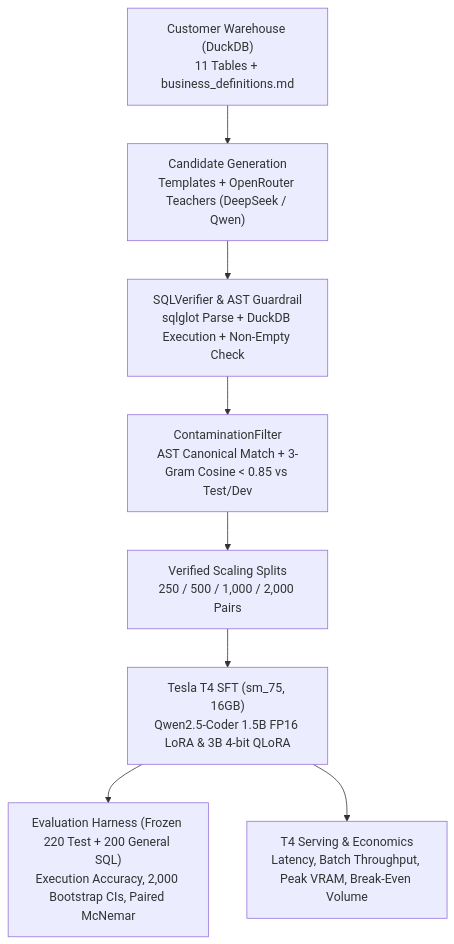
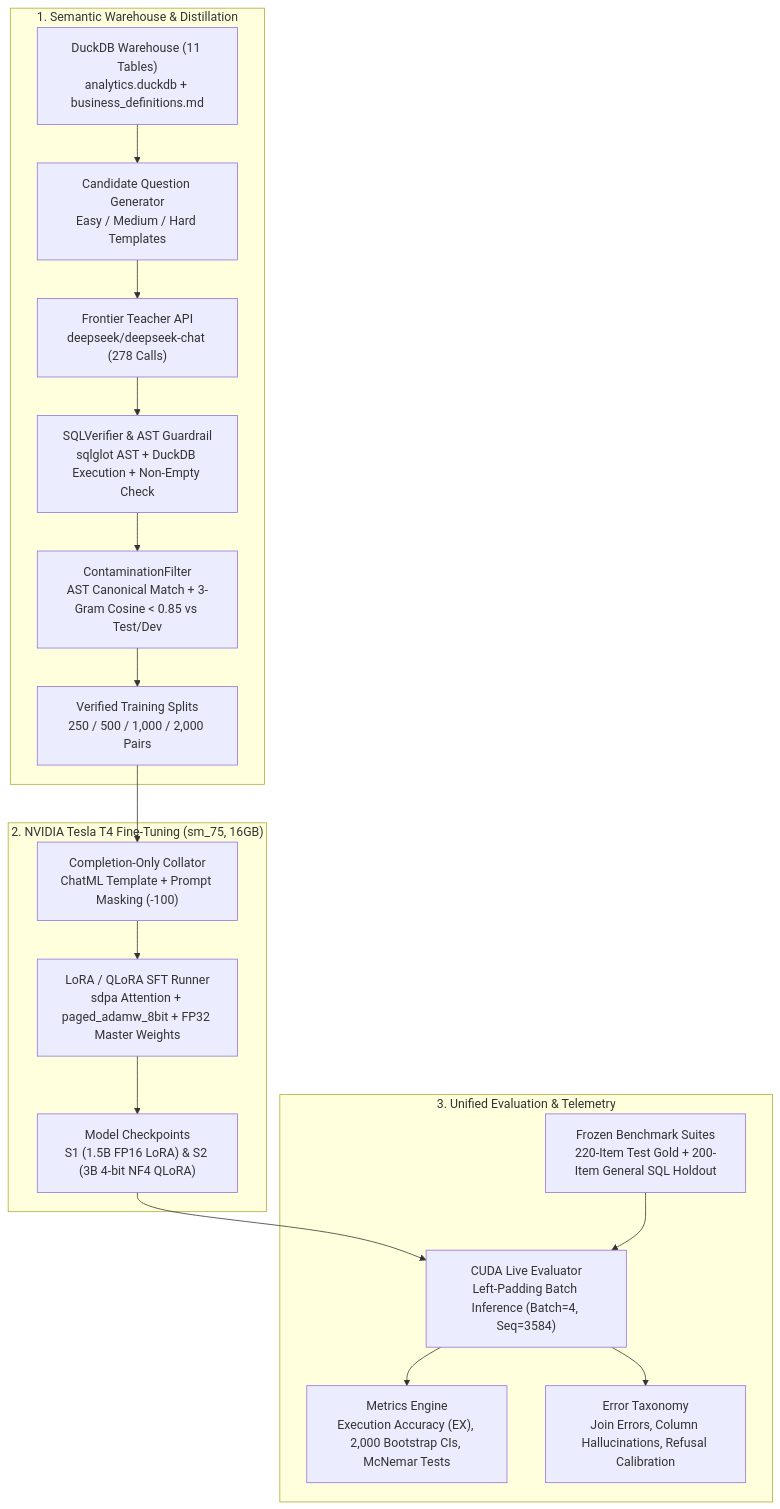
The diagram in README.md (adityavsb/schema-tuned-sql), drawn with Mermaid before and after one commit. The commit also changed other lines of this file and 9 other files, not shown here.

````diff
--- a/README.md
+++ b/README.md
@@ -35,10 +80,23 @@
 ```mermaid
 flowchart TD
-    A["Customer Warehouse (DuckDB)<br/>11 Tables + business_definitions.md"] --> B["Candidate Generation<br/>Templates + OpenRouter Teachers (DeepSeek / Qwen)"]
-    B --> C["SQLVerifier & AST Guardrail<br/>sqlglot Parse + DuckDB Execution + Non-Empty Check"]
-    C --> D["ContaminationFilter<br/>AST Canonical Match + 3-Gram Cosine < 0.85 vs Test/Dev"]
-    D --> E["Verified Scaling Splits<br/>250 / 500 / 1,000 / 2,000 Pairs"]
-    E --> F["Tesla T4 SFT (sm_75, 16GB)<br/>Qwen2.5-Coder 1.5B FP16 LoRA & 3B 4-bit QLoRA"]
-    F --> G["Evaluation Harness (Frozen 220 Test + 200 General SQL)<br/>Execution Accuracy, 2,000 Bootstrap CIs, Paired McNemar"]
-    F --> H["T4 Serving & Economics<br/>Latency, Batch Throughput, Peak VRAM, Break-Even Volume"]
+    subgraph DataEngine ["1. Semantic Warehouse & Distillation"]
+        A["DuckDB Warehouse (11 Tables)<br/>analytics.duckdb + business_definitions.md"] --> B["Candidate Question Generator<br/>Easy / Medium / Hard Templates"]
+        B --> C["Frontier Teacher API<br/>deepseek/deepseek-chat (278 Calls)"]
+        C --> D["SQLVerifier & AST Guardrail<br/>sqlglot AST + DuckDB Execution + Non-Empty Check"]
+        D --> E["ContaminationFilter<br/>AST Canonical Match + 3-Gram Cosine < 0.85 vs Test/Dev"]
+        E --> F["Verified Training Splits<br/>250 / 500 / 1,000 / 2,000 Pairs"]
+    end
+
+    subgraph HardwareTraining ["2. NVIDIA Tesla T4 Fine-Tuning (sm_75, 16GB)"]
+        F --> G["Completion-Only Collator<br/>ChatML Template + Prompt Masking (-100)"]
+        G --> H["LoRA / QLoRA SFT Runner<br/>sdpa Attention + paged_adamw_8bit + FP32 Master Weights"]
+        H --> I["Model Checkpoints<br/>S1 (1.5B FP16 LoRA) & S2 (3B 4-bit NF4 QLoRA)"]
+    end
+
+    subgraph EvaluationHarness ["3. Unified Evaluation & Telemetry"]
+        I --> J["CUDA Live Evaluator<br/>Left-Padding Batch Inference (Batch=4, Seq=3584)"]
+        K["Frozen Benchmark Suites<br/>220-Item Test Gold + 200-Item General SQL Holdout"] --> J
+        J --> L["Metrics Engine<br/>Execution Accuracy (EX), 2,000 Bootstrap CIs, McNemar Tests"]
+        J --> M["Error Taxonomy<br/>Join Errors, Column Hallucinations, Refusal Calibration"]
+    end
 ```
````
